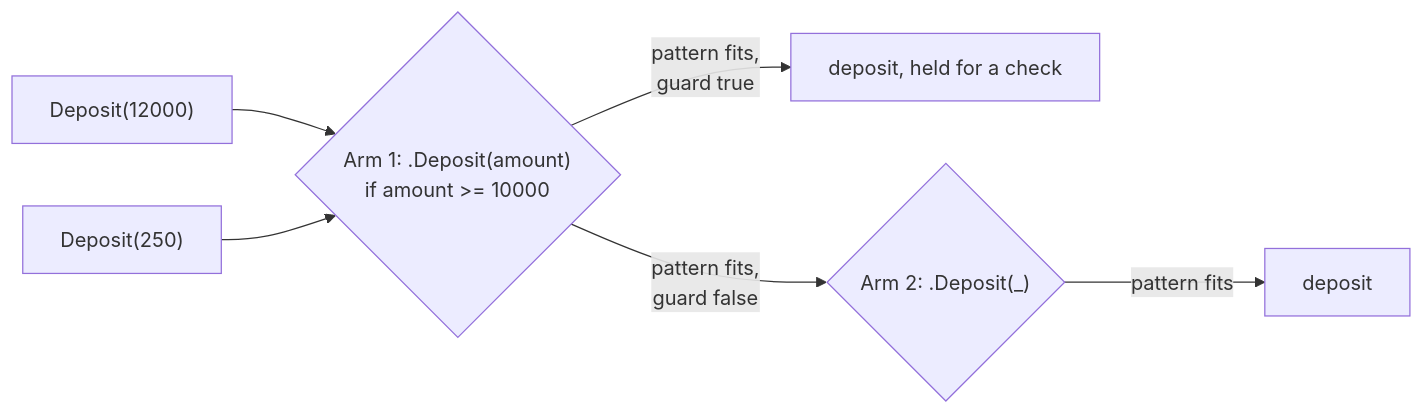
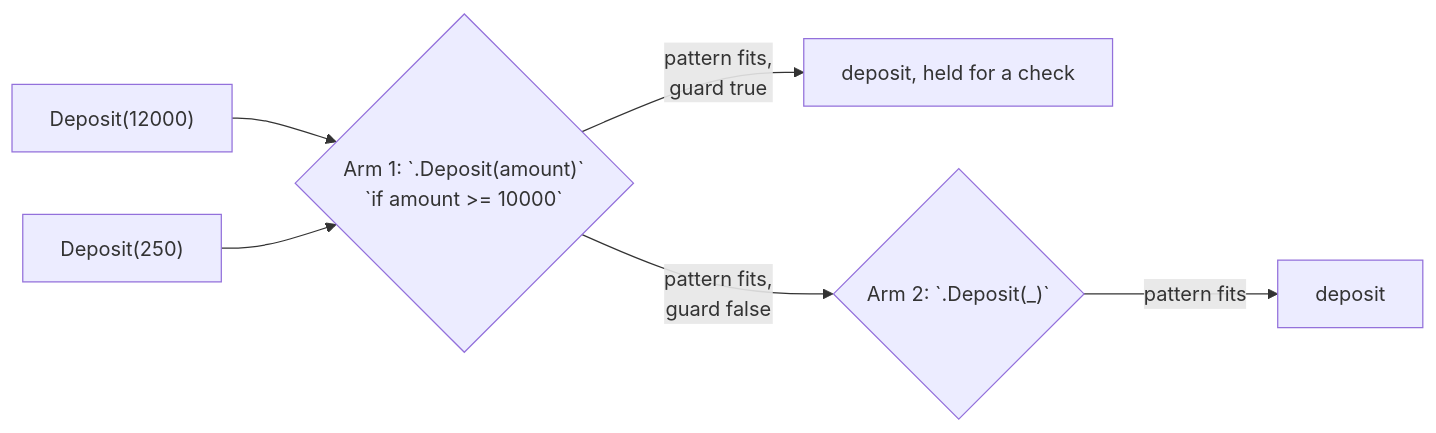
Before and after one commit to rux-lang/Web: the diagram in content/docs/1.learn/07.patterns/01.guard.md, drawn with Mermaid. The commit also changed 187 other files, not shown here.

First line of the commit message:
Draw the Learn diagrams for phones, with code in the mono face

````diff
--- a/content/docs/1.learn/07.patterns/01.guard.md
+++ b/content/docs/1.learn/07.patterns/01.guard.md
@@ -53,8 +53,8 @@
 ```mermaid
 flowchart LR
-    a["Deposit(12000)"] --> g1{"Arm 1: .Deposit(amount)<br/>if amount >= 10000"}
-    b["Deposit(250)"] --> g1
+    a["`Deposit(12000)`"] --> g1{"Arm 1: `.Deposit(amount)`<br/>`if amount >= 10000`"}
+    b["`Deposit(250)`"] --> g1
     g1 -- "pattern fits,<br/>guard true" --> held["deposit, held for a check"]
-    g1 -- "pattern fits,<br/>guard false" --> p2{"Arm 2: .Deposit(_)"}
+    g1 -- "pattern fits,<br/>guard false" --> p2{"Arm 2: `.Deposit(_)`"}
     p2 -- "pattern fits" --> plain["deposit"]
 ```
````
